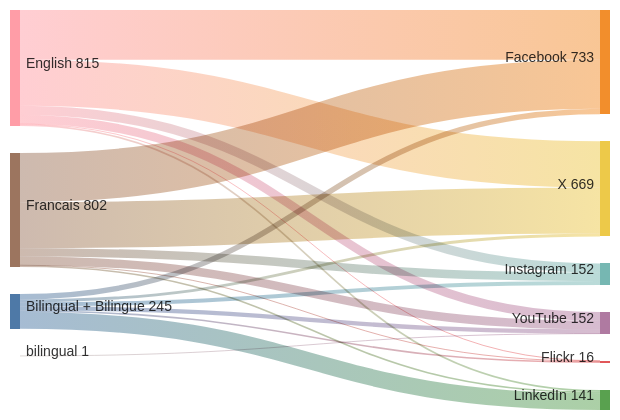
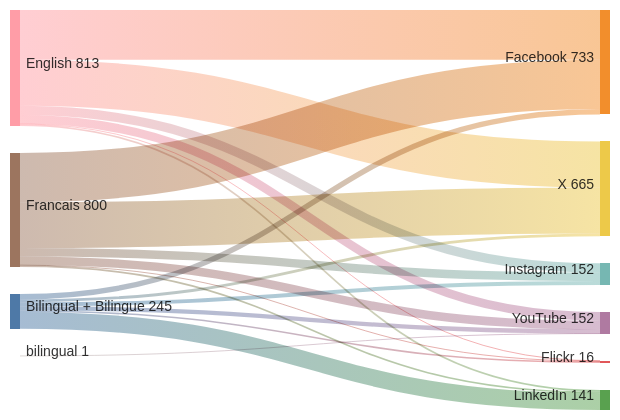
One commit to PatLittle/GC-Socials changed the diagram in sankey_diagram.md. Above: the diagram before and after it, drawn with Mermaid.

Commit message:
Update Sankey diagram for the most recent day

````diff
--- a/sankey_diagram.md
+++ b/sankey_diagram.md
@@ -1,22 +1,22 @@
 ```mermaid
 sankey-beta
   Bilingual + Bilingue,Facebook,38
   Bilingual + Bilingue,Flickr,11
   Bilingual + Bilingue,Instagram,28
   Bilingual + Bilingue,LinkedIn,118
   Bilingual + Bilingue,X,20
   Bilingual + Bilingue,YouTube,30
   English,Facebook,349
   English,Flickr,3
   English,Instagram,65
   English,LinkedIn,12
-  English,X,325
+  English,X,323
   English,YouTube,61
   Francais,Facebook,346
   Francais,Flickr,2
   Francais,Instagram,59
   Francais,LinkedIn,11
-  Francais,X,324
+  Francais,X,322
   Francais,YouTube,60
   bilingual,YouTube,1
 ```
````
